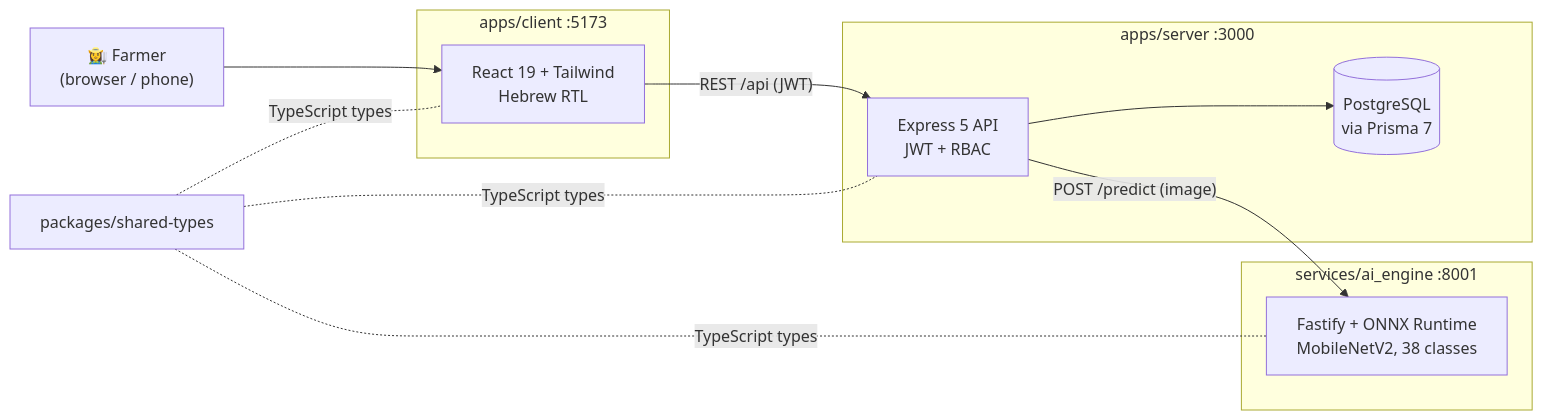
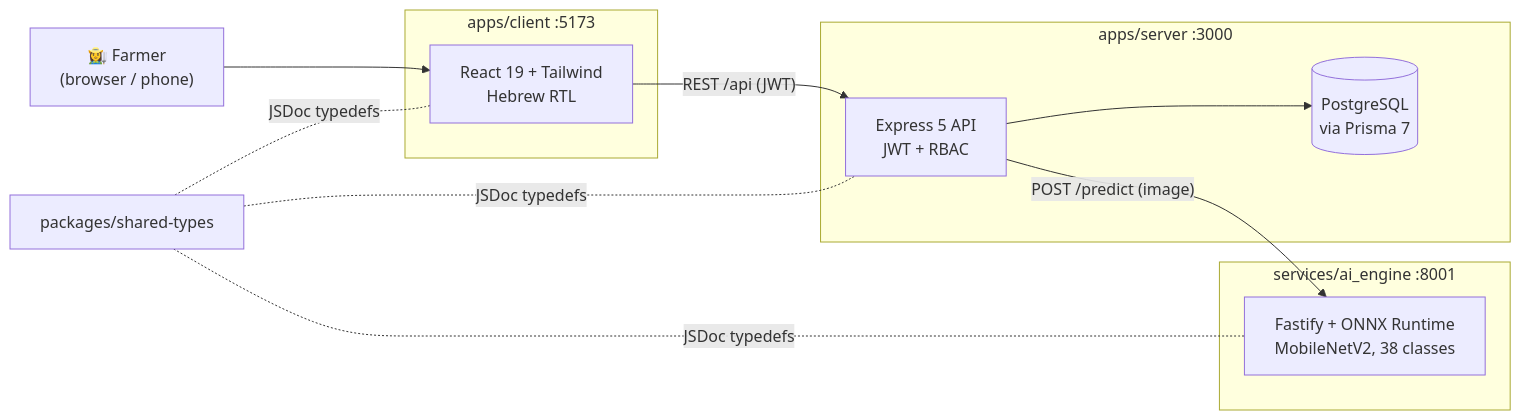
Before and after one commit to avibelay100-eng/CropGuard: the diagram in README.md, drawn with Mermaid. The commit also changed other lines of this file and 221 other files, not shown here.

````diff
--- a/README.md
+++ b/README.md
@@ -60,25 +60,25 @@
 ```mermaid
 flowchart LR
     U["👩‍🌾 Farmer<br/>(browser / phone)"] --> C
 
     subgraph CLIENT["apps/client :5173"]
       C["React 19 + Tailwind<br/>Hebrew RTL"]
     end
 
     subgraph SERVER["apps/server :3000"]
       S["Express 5 API<br/>JWT + RBAC"]
       P[("PostgreSQL<br/>via Prisma 7")]
       S --> P
     end
 
     subgraph AI["services/ai_engine :8001"]
       A["Fastify + ONNX Runtime<br/>MobileNetV2, 38 classes"]
     end
 
     C -- "REST /api (JWT)" --> S
     S -- "POST /predict (image)" --> A
 
-    T["packages/shared-types"] -. "TypeScript types" .- C
-    T -. "TypeScript types" .- S
-    T -. "TypeScript types" .- A
+    T["packages/shared-types"] -. "JSDoc typedefs" .- C
+    T -. "JSDoc typedefs" .- S
+    T -. "JSDoc typedefs" .- A
 ```
````
